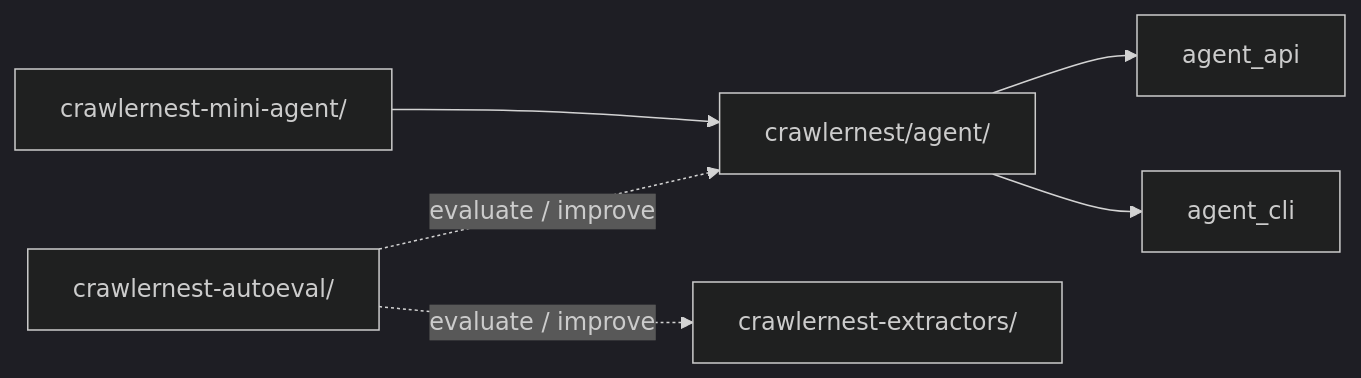
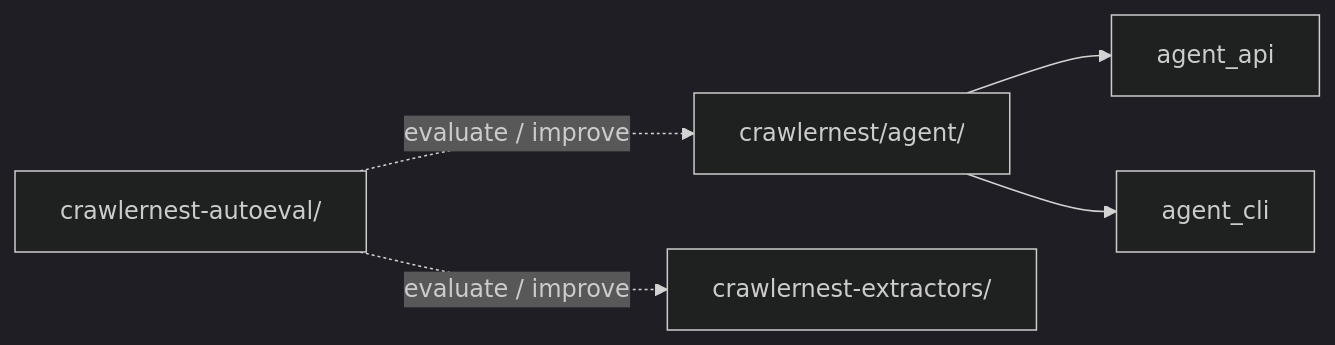
One commit to heinricitorgau/CrawlerNest changed the ninth of 11 diagrams in docs/legacy/SYSTEM_ENGINE_ARCHITECTURE_legacy.md. Above: the diagram before and after it, drawn with Mermaid (dark theme). The commit also changed other lines of this file and 339 other files, not shown here.

First line of the commit message:
chore: remove vendored mini-agent and generated lobster-01 runtime copy

````diff
--- a/docs/legacy/SYSTEM_ENGINE_ARCHITECTURE_legacy.md
+++ b/docs/legacy/SYSTEM_ENGINE_ARCHITECTURE_legacy.md
@@ -335,8 +333,7 @@
 ```mermaid
 flowchart LR
     AG["crawlernest/agent/"] --> PAPI["agent_api"]
     AG --> PCLI["agent_cli"]
-    MINI["crawlernest-mini-agent/"] --> AG
     EVAL["crawlernest-autoeval/"] -. evaluate / improve .-> AG
     EVAL -. evaluate / improve .-> EXT["crawlernest-extractors/"]
 ```
````
